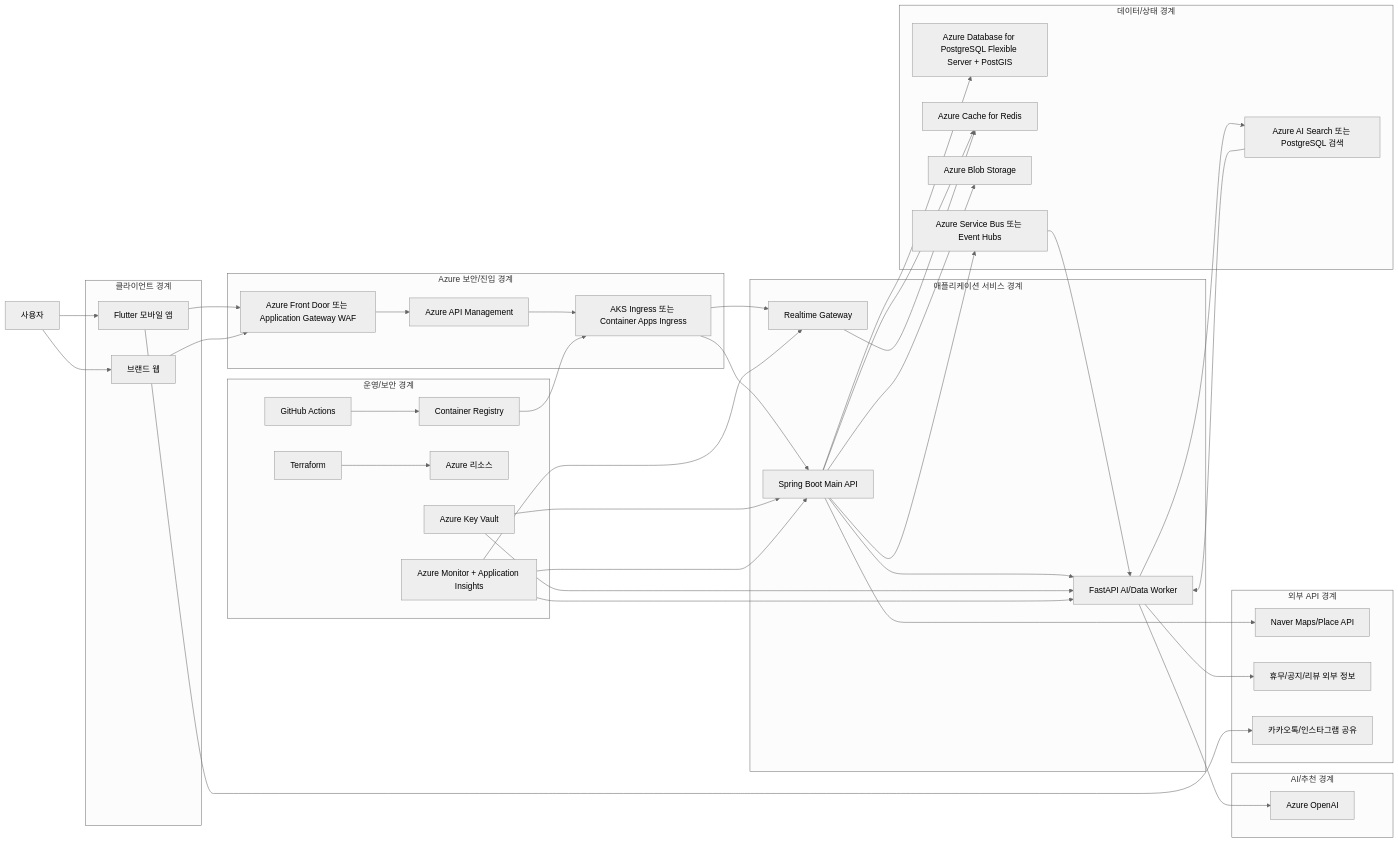
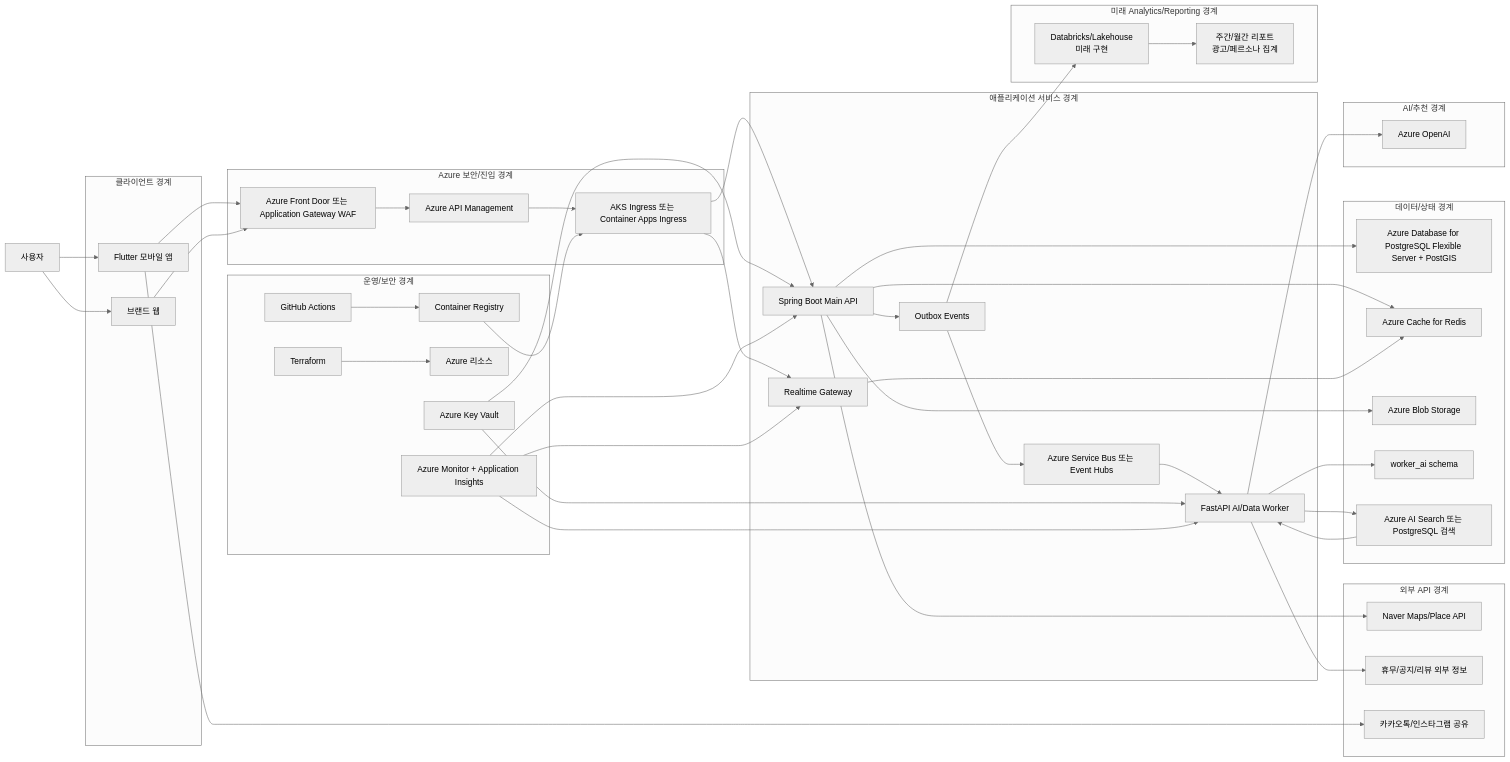
Before and after one commit to Onieum/ONMU: the first of 3 diagrams in docs/architecture/current-architecture-diagram.md, drawn with Mermaid (neutral theme). The commit also changed other lines of this file and 8 other files, not shown here.

````diff
--- a/docs/architecture/current-architecture-diagram.md
+++ b/docs/architecture/current-architecture-diagram.md
@@ -31,56 +33,62 @@
 ```mermaid
 flowchart LR
     user["사용자"] --> mobile["Flutter 모바일 앱"]
     user --> web["브랜드 웹"]
 
     subgraph client["클라이언트 경계"]
         mobile
         web
     end
 
     mobile --> edge["Azure Front Door 또는 Application Gateway WAF"]
     web --> edge
 
     subgraph azureEdge["Azure 보안/진입 경계"]
         edge --> apim["Azure API Management"]
         apim --> ingress["AKS Ingress 또는 Container Apps Ingress"]
     end
 
     subgraph app["애플리케이션 서비스 경계"]
         ingress --> mainApi["Spring Boot Main API"]
         ingress --> realtime["Realtime Gateway"]
-        mainApi --> worker["FastAPI AI/Data Worker"]
+        mainApi --> outbox["Outbox Events"]
+        outbox --> bus["Azure Service Bus 또는 Event Hubs"]
+        bus --> worker["FastAPI AI/Data Worker"]
     end
 
     subgraph data["데이터/상태 경계"]
         mainApi --> postgres["Azure Database for PostgreSQL Flexible Server + PostGIS"]
         mainApi --> redis["Azure Cache for Redis"]
         mainApi --> blob["Azure Blob Storage"]
         realtime --> redis
-        mainApi --> bus["Azure Service Bus 또는 Event Hubs"]
-        bus --> worker
+        worker --> workerSchema["worker_ai schema"]
         worker --> search["Azure AI Search 또는 PostgreSQL 검색"]
     end
 
     subgraph ai["AI/추천 경계"]
         worker --> openai["Azure OpenAI"]
         search --> worker
+    end
+
+    subgraph analytics["미래 Analytics/Reporting 경계"]
+        outbox --> lakehouse["Databricks/Lakehouse\n미래 구현"]
+        lakehouse --> reports["주간/월간 리포트\n광고/페르소나 집계"]
     end
 
     subgraph external["외부 API 경계"]
         mainApi --> naver["Naver Maps/Place API"]
         worker --> publicInfo["휴무/공지/리뷰 외부 정보"]
         mobile --> share["카카오톡/인스타그램 공유"]
     end
 
     subgraph ops["운영/보안 경계"]
         github["GitHub Actions"] --> registry["Container Registry"]
         registry --> ingress
         terraform["Terraform"] --> azureInfra["Azure 리소스"]
         keyvault["Azure Key Vault"] --> mainApi
         keyvault --> worker
         monitor["Azure Monitor + Application Insights"] --> mainApi
         monitor --> worker
         monitor --> realtime
     end
 ```
````
